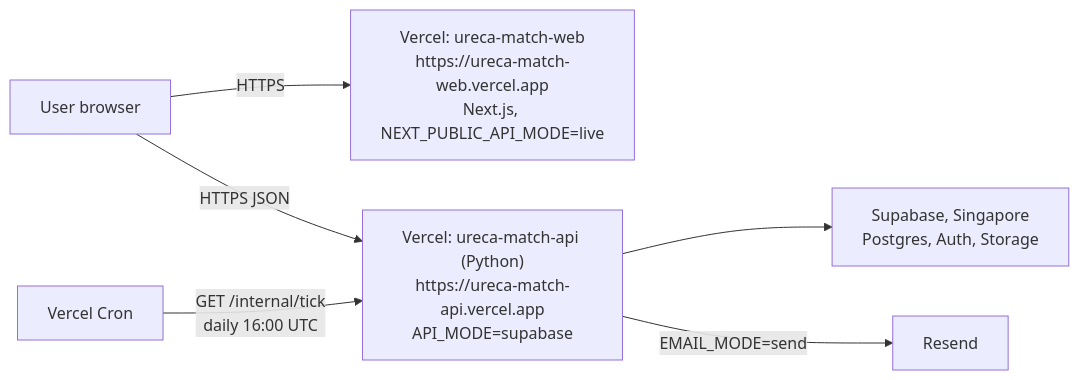
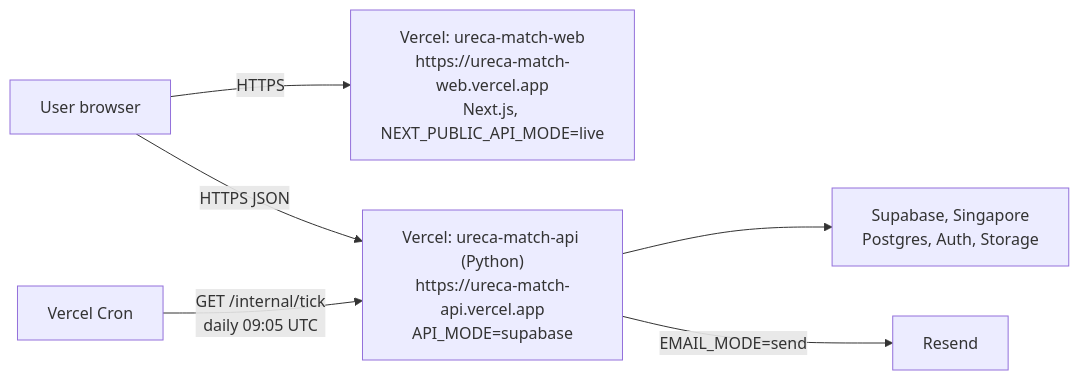
The second of 2 diagrams in ureca-match-app/docs/architecture.md (SundayVermillions/URECAMatch), drawn with Mermaid before and after one commit. The commit also changed other lines of this file and 11 other files, not shown here.

````diff
--- a/ureca-match-app/docs/architecture.md
+++ b/ureca-match-app/docs/architecture.md
@@ -161,8 +169,8 @@
 ```mermaid
 flowchart LR
   U["User browser"] -- HTTPS --> W["Vercel: ureca-match-web<br/>https://ureca-match-web.vercel.app<br/>Next.js, NEXT_PUBLIC_API_MODE=live"]
   U -- "HTTPS JSON" --> A["Vercel: ureca-match-api (Python)<br/>https://ureca-match-api.vercel.app<br/>API_MODE=supabase"]
-  C["Vercel Cron"] -- "GET /internal/tick<br/>daily 16:00 UTC" --> A
+  C["Vercel Cron"] -- "GET /internal/tick<br/>daily 09:05 UTC" --> A
   A --> S["Supabase, Singapore<br/>Postgres, Auth, Storage"]
   A -- "EMAIL_MODE=send" --> R["Resend"]
 ```
````
